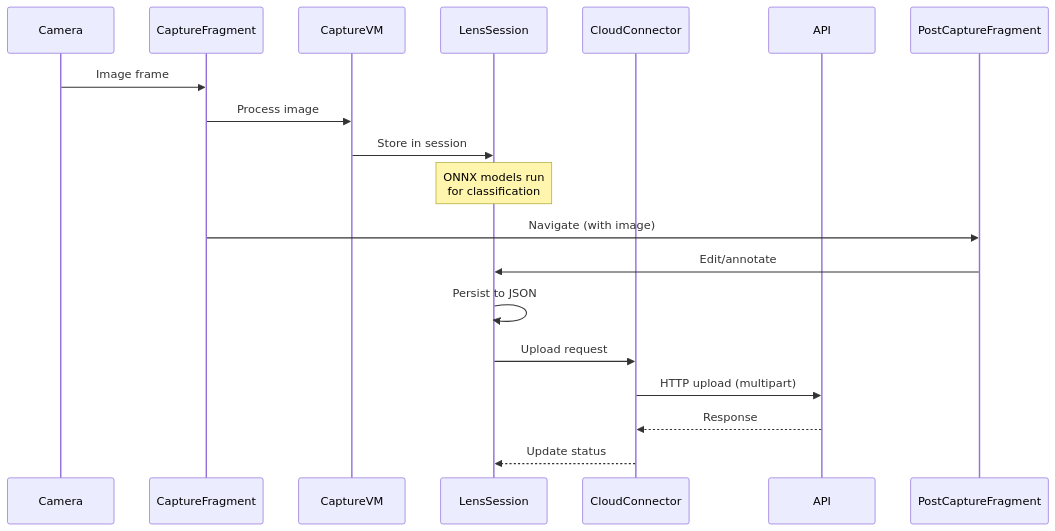
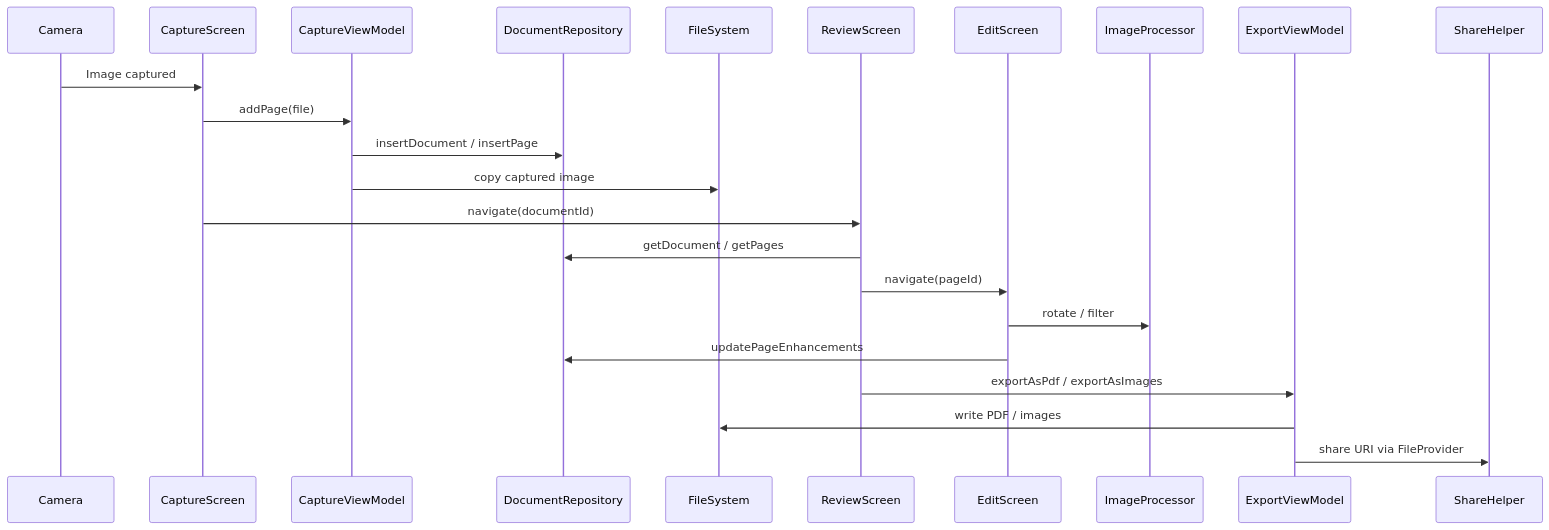
One commit to robertlane0/lens-app changed the diagram in docs/architecture.md. Above: the diagram before and after it, drawn with Mermaid. The commit also changed other lines of this file and 8 other files, not shown here.

````diff
--- a/docs/architecture.md
+++ b/docs/architecture.md
@@ -166,21 +99,21 @@
 ```mermaid
 sequenceDiagram
     participant Camera
-    participant CaptureFragment
-    participant CaptureVM
-    participant LensSession
-    participant CloudConnector
-    participant API
+    participant CaptureScreen
+    participant CaptureViewModel
+    participant DocumentRepository
+    participant FileSystem
 
-    Camera->>CaptureFragment: Image frame
-    CaptureFragment->>CaptureVM: Process image
-    CaptureVM->>LensSession: Store in session
-    Note over LensSession: ONNX models run<br/>for classification
-    CaptureFragment->>PostCaptureFragment: Navigate (with image)
-    PostCaptureFragment->>LensSession: Edit/annotate
-    LensSession->>LensSession: Persist to JSON
-    LensSession->>CloudConnector: Upload request
-    CloudConnector->>API: HTTP upload (multipart)
-    API-->>CloudConnector: Response
-    CloudConnector-->>LensSession: Update status
+    Camera->>CaptureScreen: Image captured
+    CaptureScreen->>CaptureViewModel: addPage(file)
+    CaptureViewModel->>DocumentRepository: insertDocument / insertPage
+    CaptureViewModel->>FileSystem: copy captured image
+    CaptureScreen->>ReviewScreen: navigate(documentId)
+    ReviewScreen->>DocumentRepository: getDocument / getPages
+    ReviewScreen->>EditScreen: navigate(pageId)
+    EditScreen->>ImageProcessor: rotate / filter
+    EditScreen->>DocumentRepository: updatePageEnhancements
+    ReviewScreen->>ExportViewModel: exportAsPdf / exportAsImages
+    ExportViewModel->>FileSystem: write PDF / images
+    ExportViewModel->>ShareHelper: share URI via FileProvider
 ```
````
